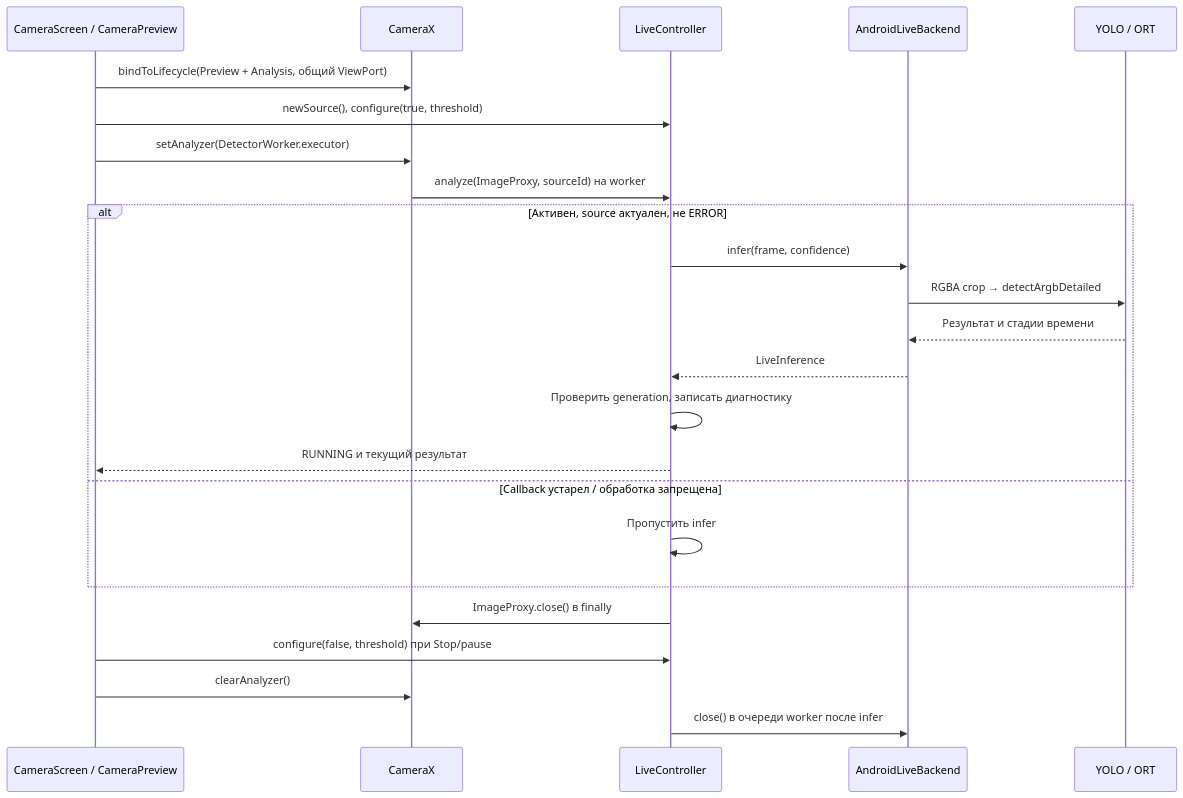
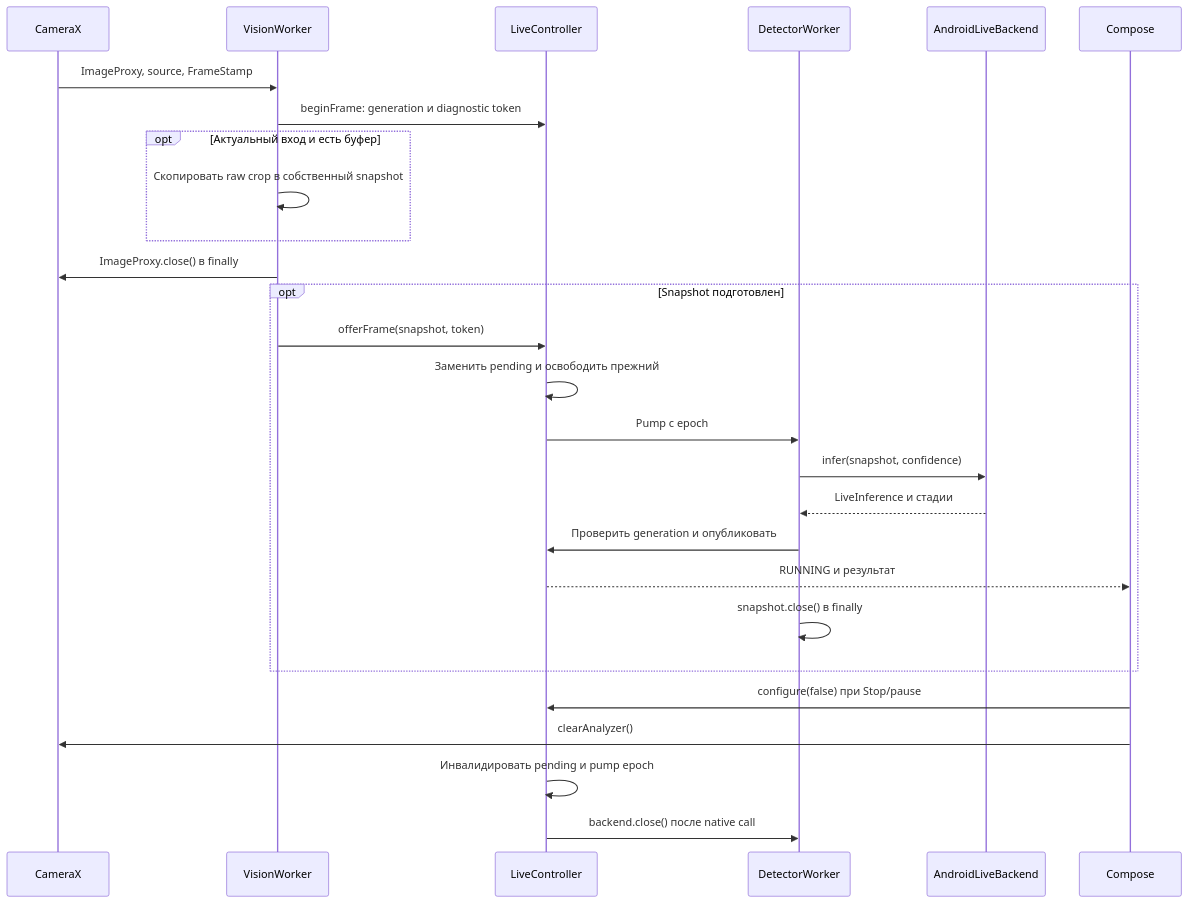
Before and after one commit to Kr1st10/drone-cv-android-prototype: the third of 5 diagrams in docs/internals/detection-lifecycle.md, drawn with Mermaid. The commit also changed other lines of this file and 35 other files, not shown here.

Commit message:
feat: decouple camera input with bounded owned frame snapshots

````diff
--- a/docs/internals/detection-lifecycle.md
+++ b/docs/internals/detection-lifecycle.md
@@ -82,26 +82,29 @@
 ```mermaid
 sequenceDiagram
-    participant UI as CameraScreen / CameraPreview
     participant CX as CameraX
+    participant I as VisionWorker
     participant C as LiveController
+    participant W as DetectorWorker
     participant B as AndroidLiveBackend
-    participant E as YOLO / ORT
-    UI->>CX: bindToLifecycle(Preview + Analysis, общий ViewPort)
-    UI->>C: newSource(), configure(true, threshold)
-    UI->>CX: setAnalyzer(DetectorWorker.executor)
-    CX->>C: analyze(ImageProxy, sourceId) на worker
-    alt Активен, source актуален, не ERROR
-        C->>B: infer(frame, confidence)
-        B->>E: RGBA crop → detectArgbDetailed
-        E-->>B: Результат и стадии времени
-        B-->>C: LiveInference
-        C->>C: Проверить generation, записать диагностику
-        C-->>UI: RUNNING и текущий результат
-    else Callback устарел / обработка запрещена
-        C->>C: Пропустить infer
+    participant UI as Compose
+    CX->>I: ImageProxy, source, FrameStamp
+    I->>C: beginFrame: generation и diagnostic token
+    opt Актуальный вход и есть буфер
+        I->>I: Скопировать raw crop в собственный snapshot
     end
-    C->>CX: ImageProxy.close() в finally
-    UI->>C: configure(false, threshold) при Stop/pause
+    I->>CX: ImageProxy.close() в finally
+    opt Snapshot подготовлен
+        I->>C: offerFrame(snapshot, token)
+        C->>C: Заменить pending и освободить прежний
+        C->>W: Pump с epoch
+        W->>B: infer(snapshot, confidence)
+        B-->>W: LiveInference и стадии
+        W->>C: Проверить generation и опубликовать
+        C-->>UI: RUNNING и результат
+        W->>W: snapshot.close() в finally
+    end
+    UI->>C: configure(false) при Stop/pause
     UI->>CX: clearAnalyzer()
-    C->>B: close() в очереди worker после infer
+    C->>C: Инвалидировать pending и pump epoch
+    C->>W: backend.close() после native call
 ```
````
